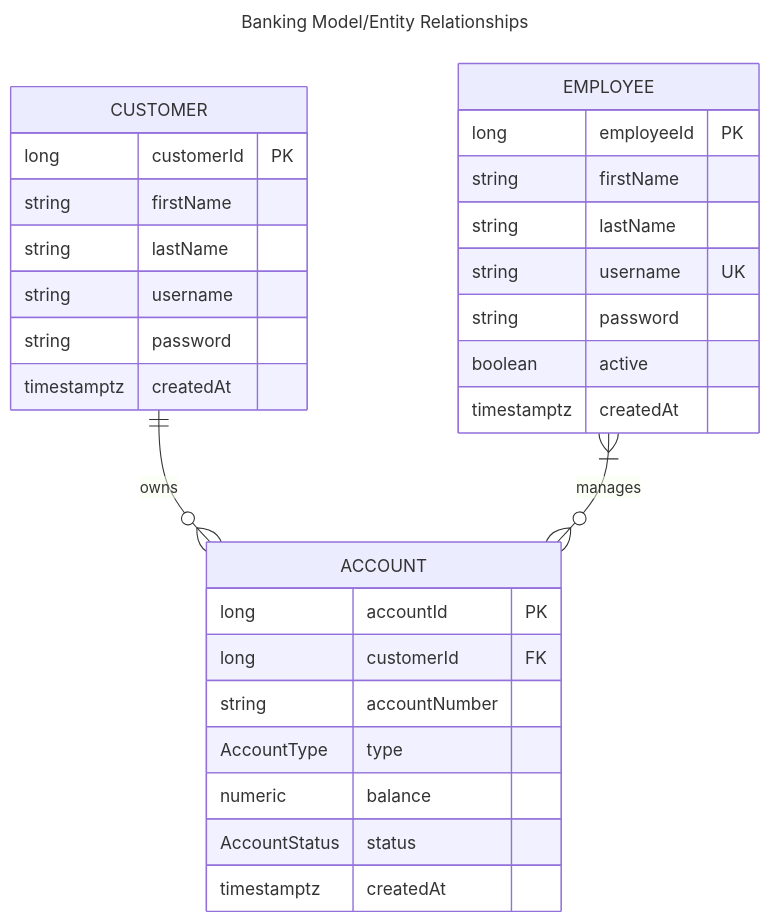
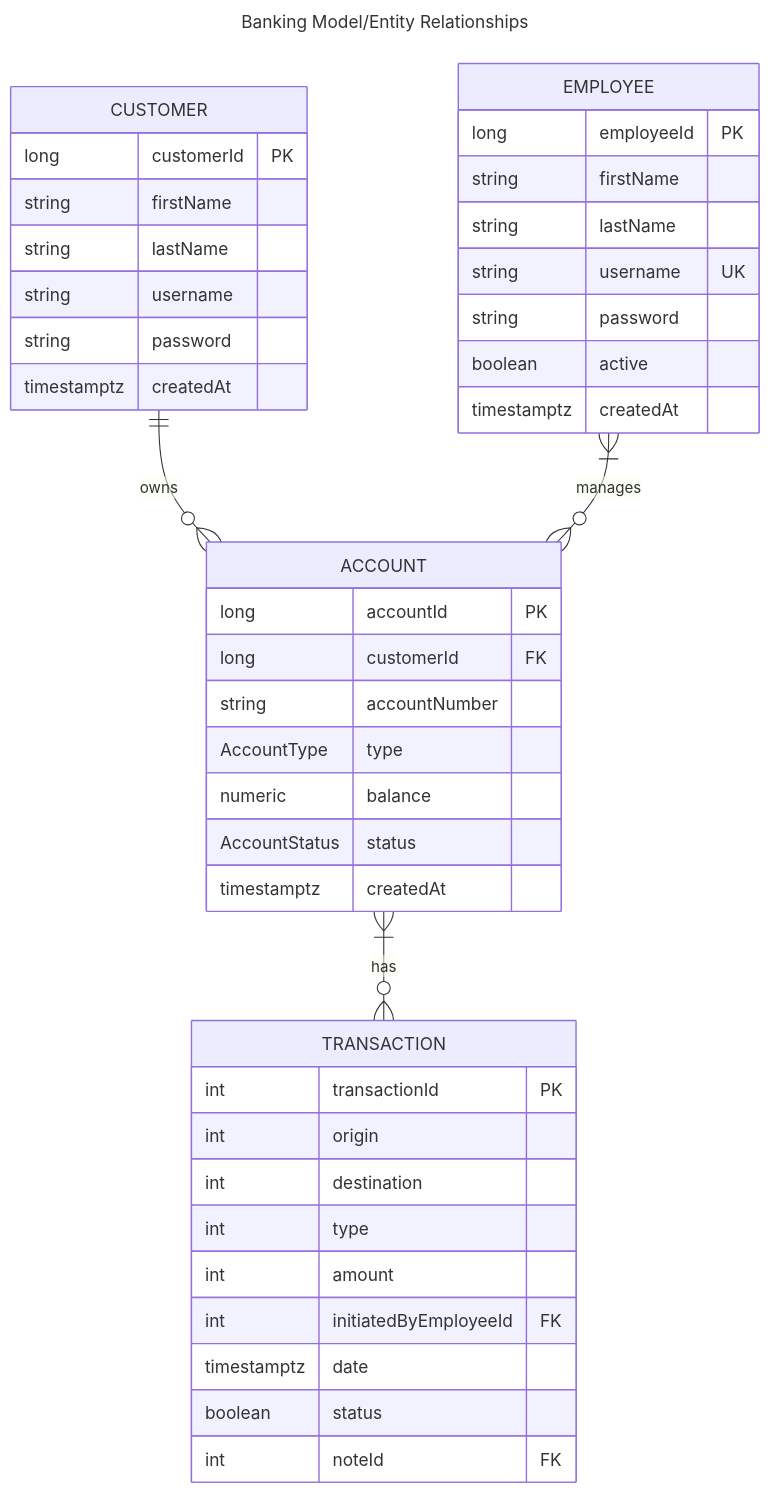
The diagram in ERD.md (schectma/P1BankingApp), drawn with Mermaid before and after one commit.

Commit message:
transaction added

````diff
--- a/ERD.md
+++ b/ERD.md
@@ -1,34 +1,46 @@
 ```mermaid
 ---
 title: Banking Model/Entity Relationships
 ---
 erDiagram
     CUSTOMER ||--o{ ACCOUNT : owns
     EMPLOYEE }|--o{ ACCOUNT : manages
+    ACCOUNT }|--o{ TRANSACTION : has
     CUSTOMER{
         long customerId PK
         string firstName
         string lastName
         string username
         string password
         timestamptz createdAt
     }
     ACCOUNT{
         long accountId PK
         long customerId FK
         string accountNumber
         AccountType type
         numeric balance
         AccountStatus status
         timestamptz createdAt
     }
     EMPLOYEE{
         long employeeId PK
         string firstName
         string lastName
         string username UK
         string password
         boolean active
         timestamptz createdAt
     }
+    TRANSACTION{
+        int transactionId PK
+        int origin
+        int destination
+        int type
+        int amount
+        int initiatedByEmployeeId FK
+        timestamptz date
+        boolean status
+        int noteId FK
+    }
 ```
````
